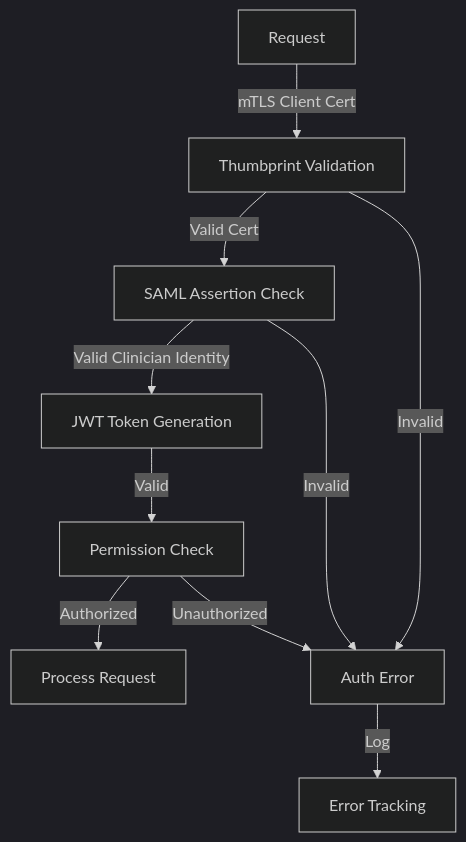
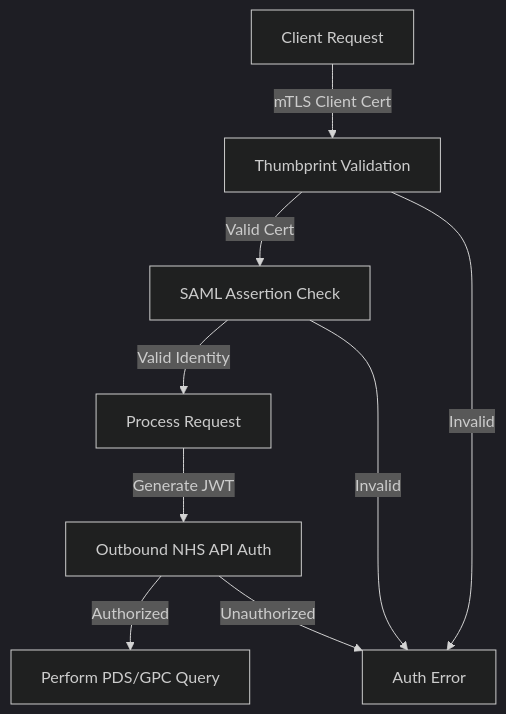
Before and after one commit to UCLH-Digital-Innovation-Hub/Xhuma: the ninth of 12 diagrams in docs/data_flow.md, drawn with Mermaid (dark theme). The commit also changed other lines of this file and 2 other files, not shown here.

Commit message:
docs: sanitise generic resource names and align technical architecture flows

````diff
--- a/docs/data_flow.md
+++ b/docs/data_flow.md
@@ -163,12 +162,15 @@
 ```mermaid
 flowchart TD
-    A[Request] -->|mTLS Client Cert| B[Thumbprint Validation]
+    %% Inbound Trust
+    A[Client Request] -->|mTLS Client Cert| B[Thumbprint Validation]
     B -->|Valid Cert| C[SAML Assertion Check]
-    C -->|Valid Clinician Identity| D[JWT Token Generation]
-    D -->|Valid| E[Permission Check]
-    E -->|Authorized| F[Process Request]
+    C -->|Valid Identity| D[Process Request]
+    
+    %% Outbound Trust
+    D -->|Generate JWT| E[Outbound NHS API Auth]
+    E -->|Authorized| F[Perform PDS/GPC Query]
+    
     B -->|Invalid| G[Auth Error]
     C -->|Invalid| G
     E -->|Unauthorized| G
-    G -->|Log| H[Error Tracking]
 ```
````
